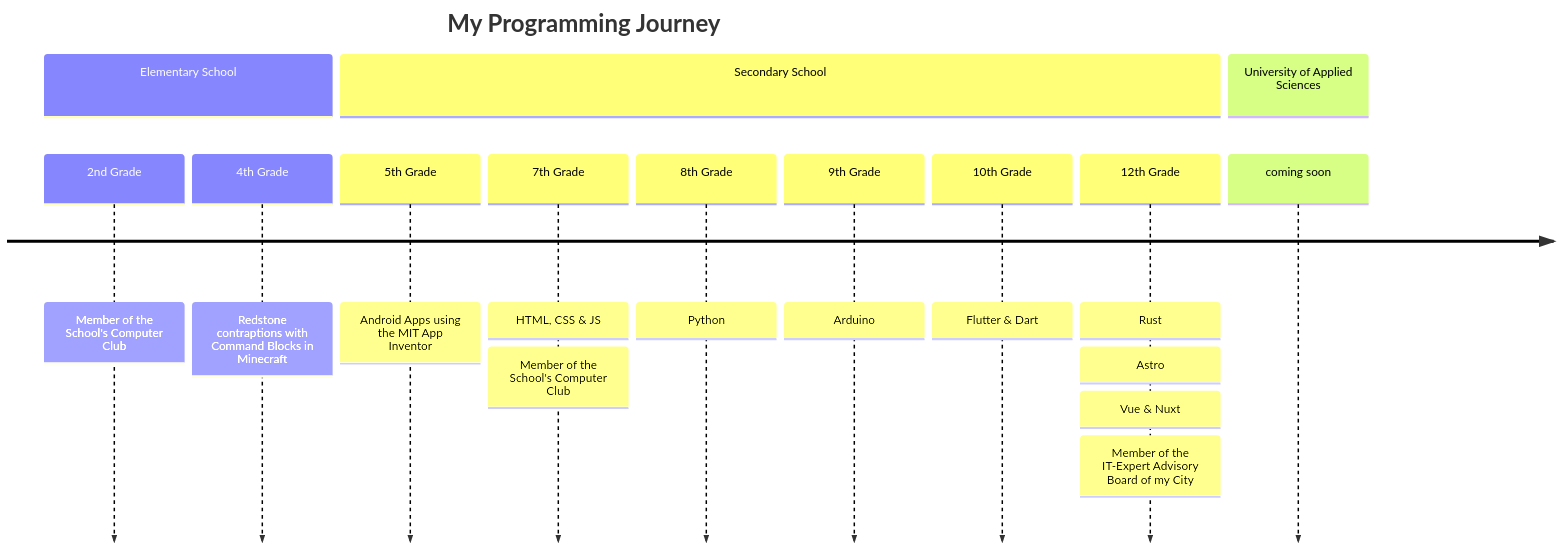
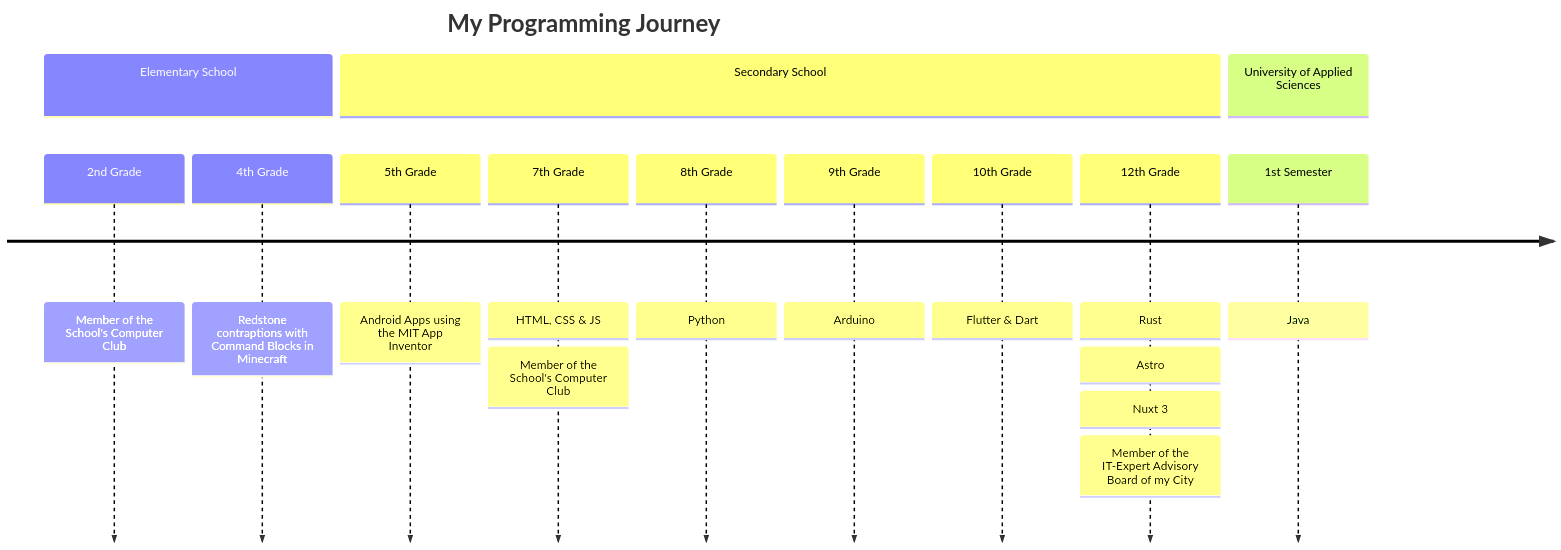
The diagram in README.md (AstragoDE/AstragoDE), drawn with Mermaid before and after one commit. The commit also changed other lines of this file, not shown here.

````diff
--- a/README.md
+++ b/README.md
@@ -46,23 +46,23 @@
 ```mermaid
 timeline
     title My Programming Journey
 
     section Elementary School
         2nd Grade   : Member of the School's Computer Club
         4th Grade   : Redstone contraptions with Command Blocks in Minecraft
 
     section Secondary School
         5th Grade   : Android Apps using the MIT App Inventor
         7th Grade   : HTML, CSS & JS
                     : Member of the School's Computer Club
         8th Grade   : Python
         9th Grade   : Arduino
         10th Grade  : Flutter & Dart
         12th Grade  : Rust
                     : Astro
-                    : Vue & Nuxt
+                    : Nuxt 3
                     : Member of the IT-Expert Advisory Board of my City
 
     section University of Applied Sciences
-        coming soon
+        1st Semester: Java
 ```
````
